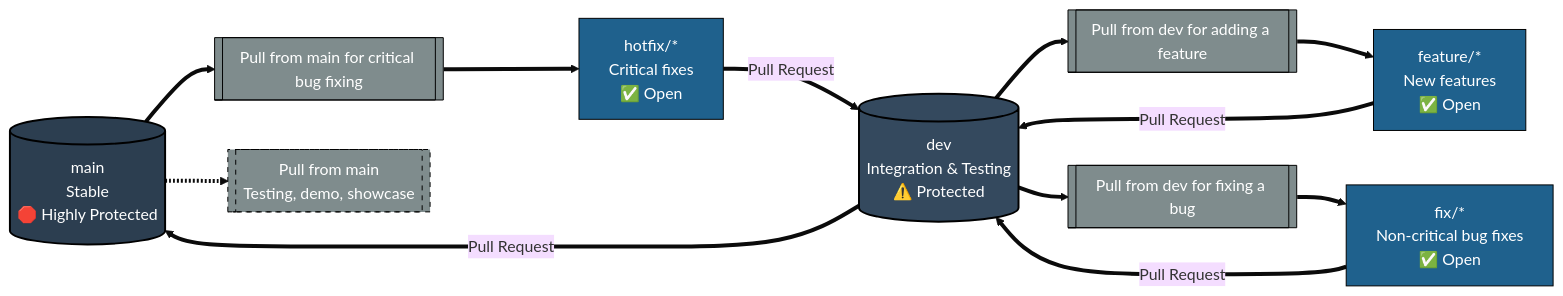
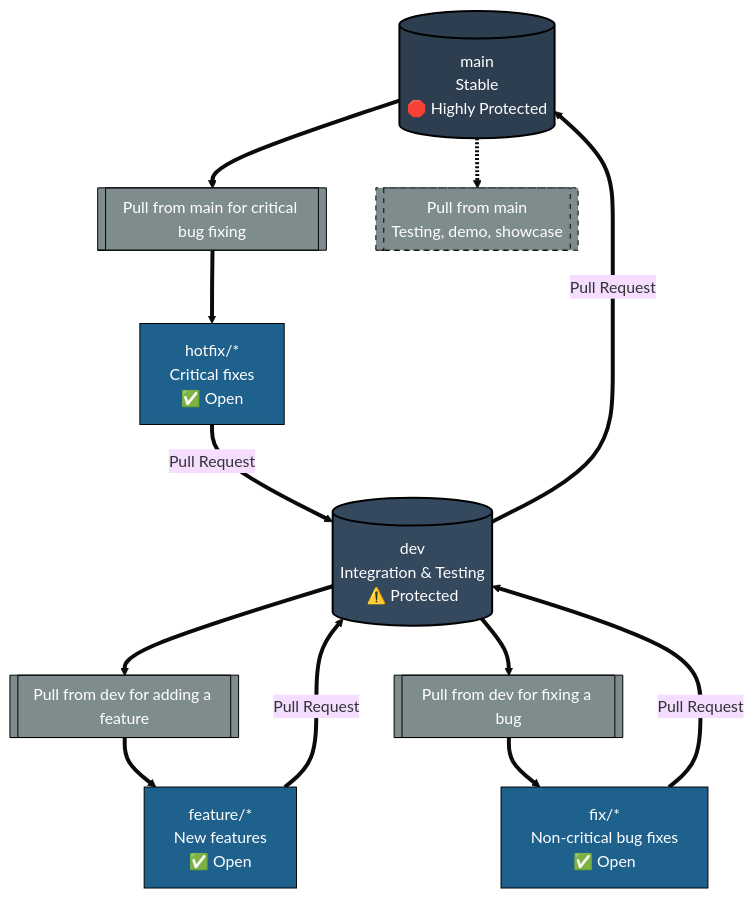
The diagram in CONTRIBUTING.md (oubes/ExamAI), drawn with Mermaid (base theme) before and after one commit.

Commit message:
Dev (#14)
* define the contributing instructions for all team members that must be followed

* Enhance CONTRIBUTING.md with branch protection details (#10)

* define the contributing instructions for all team members that must be followed (#9)

* Enhance CONTRIBUTING.md with branch protection details

* Chore/contributing (#13)

* define the contributing instructions for all team members that must be followed (#9)

* Dev (#11)

* define the contributing instructions for all team members that must be followed

* Enhance CONTRIBUTING.md with branch protection details (#10)

* define the contributing instructions for all team members that must be followed (#9)

* Enhance CONTRIBUTING.md with branch protection details

* Change graph direction and update link styles

* Updating arrow width in the visual

````diff
--- a/CONTRIBUTING.md
+++ b/CONTRIBUTING.md
@@ -33,49 +33,52 @@
 ```mermaid
-graph LR
+graph TD
     %% Core branches
     Main[(main<br>Stable<br/>🛑 Highly Protected)]
     Dev[(dev<br>Integration & Testing<br/>⚠️ Protected)]
 
     %% Middle Blocks (The Pull Logic)
     PullDev1[[Pull from dev for adding a feature]]
     PullDev2[[Pull from dev for fixing a bug]]
     PullDevMain[[Pull from main for critical bug fixing]]
 
     %% Work branches
     Feature[feature/*<br/>New features<br/>✅ Open]
     Fix[fix/*<br/>Non-critical bug fixes<br/>✅ Open]
     Hotfix[hotfix/*<br/>Critical fixes<br/>✅ Open]
 
     %% Pull rules
     PullMain[[Pull from main<br/>Testing, demo, showcase]]
 
     %% Core flow
-    Main --> PullDevMain --> Hotfix
+    Main --> PullDevMain
+    PullDevMain --> Hotfix
     Dev -->|Pull Request| Main
 
     %% Development flows
-    Dev --> PullDev1 --> Feature
+    Dev --> PullDev1
+    PullDev1 --> Feature
     Feature -->|Pull Request| Dev
 
-    Dev --> PullDev2 --> Fix
+    Dev --> PullDev2
+    PullDev2 --> Fix
     Fix -->|Pull Request| Dev
 
     Hotfix -->|Pull Request| Dev
 
     %% Pull arrows positioning
     Main -.-> PullMain
 
     %% Styles for Nodes
     style Main fill:#2c3e50,stroke:#000,stroke-width:2px,color:#ffffff
     style Dev fill:#34495e,stroke:#000,stroke-width:2px,color:#ffffff
     style Feature fill:#1f618d,stroke:#000,stroke-width:1px,color:#ffffff
     style Fix fill:#1f618d,stroke:#000,stroke-width:1px,color:#ffffff
     style Hotfix fill:#1f618d,stroke:#000,stroke-width:1px,color:#ffffff
     style PullMain fill:#7f8c8d,stroke:#000,stroke-width:1px,stroke-dasharray: 5 5,color:#ffffff
     style PullDev1 fill:#7f8c8d,stroke:#000,stroke-width:1px,color:#ffffff
     style PullDev2 fill:#7f8c8d,stroke:#000,stroke-width:1px,color:#ffffff
     style PullDevMain fill:#7f8c8d,stroke:#000,stroke-width:1px,color:#ffffff
 
-    %% Link Styles (Balanced thickness at 4px)
+    %% Link Styles (Unified to 4px)
     linkStyle 0,1,2,3,4,5,6,7,8,9,10 stroke-width:4px;
 ```
````
